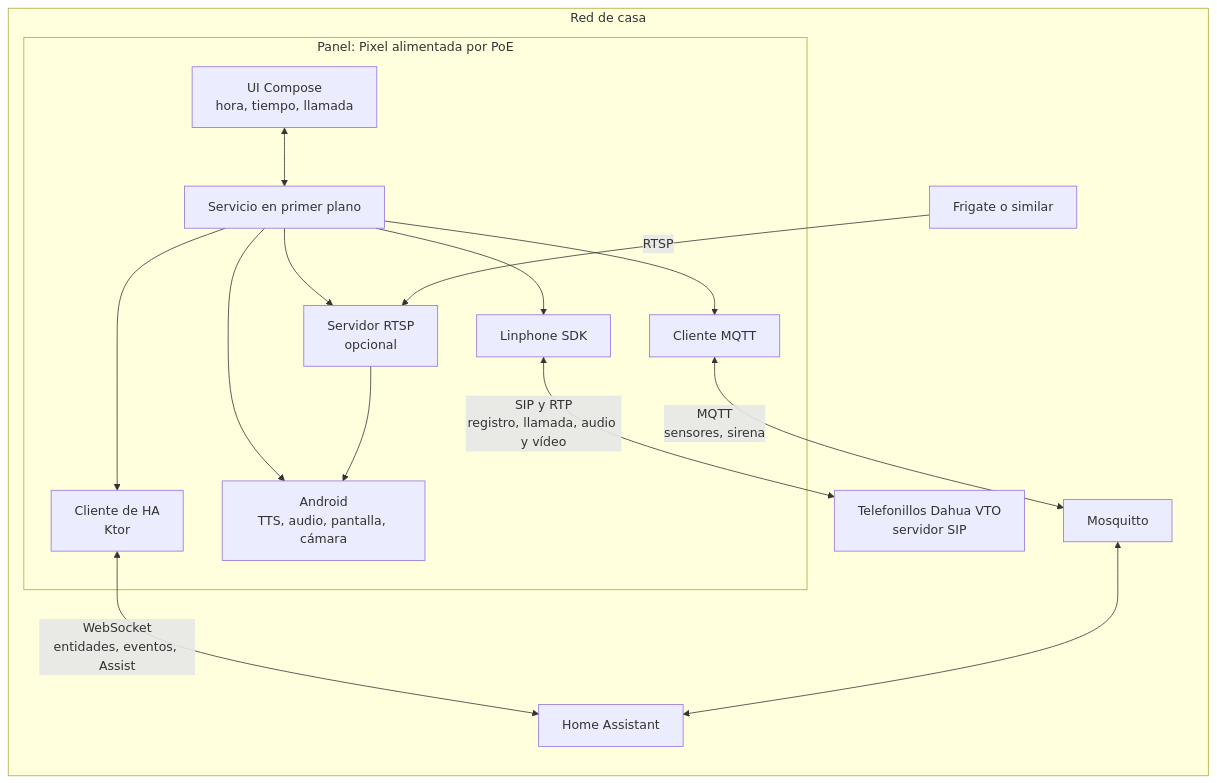
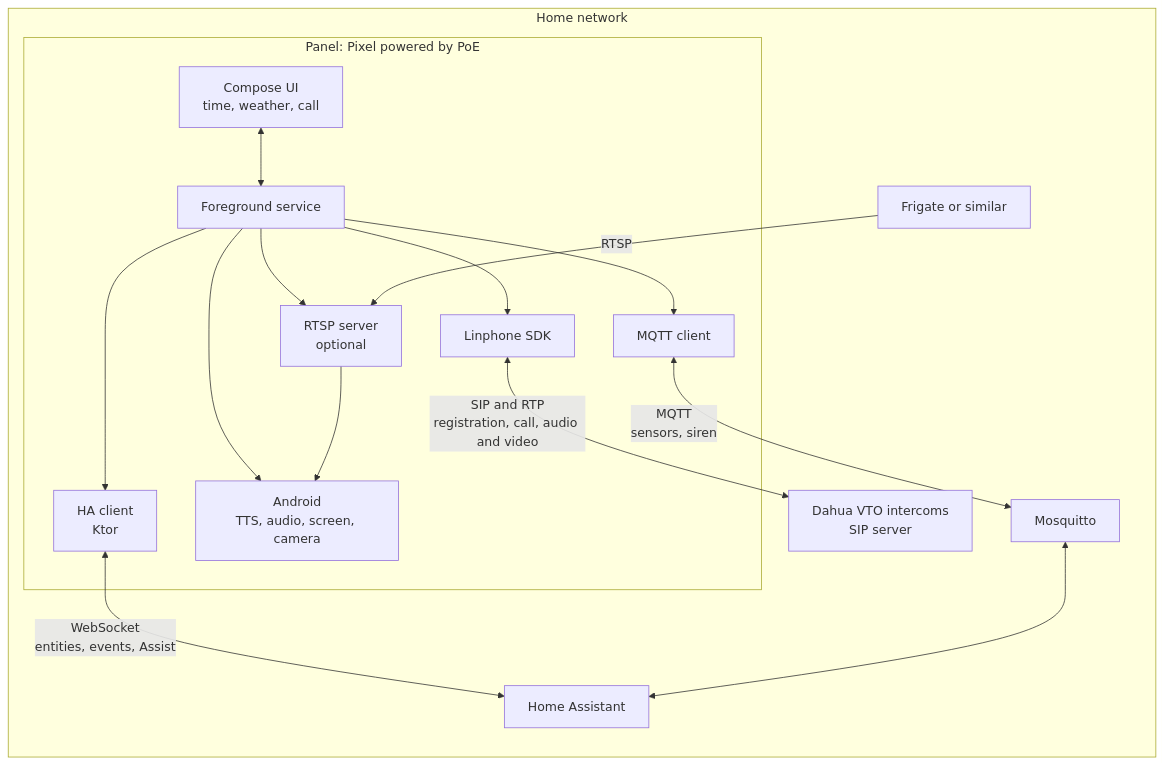
One commit to xoadev/marc2d changed the diagram in README.md. Above: the diagram before and after it, drawn with Mermaid. The commit also changed other lines of this file and 44 other files, not shown here.

````diff
--- a/README.md
+++ b/README.md
@@ -14,31 +15,31 @@
 ```mermaid
 flowchart LR
-    subgraph casa["Red de casa"]
-        subgraph panel["Panel: Pixel alimentada por PoE"]
-            ui["UI Compose<br/>hora, tiempo, llamada"]
-            svc["Servicio en primer plano"]
+    subgraph home["Home network"]
+        subgraph panel["Panel: Pixel powered by PoE"]
+            ui["Compose UI<br/>time, weather, call"]
+            svc["Foreground service"]
             sip["Linphone SDK"]
-            hac["Cliente de HA<br/>Ktor"]
-            mq["Cliente MQTT"]
-            rtsp["Servidor RTSP<br/>opcional"]
-            sys["Android<br/>TTS, audio, pantalla, cámara"]
+            hac["HA client<br/>Ktor"]
+            mq["MQTT client"]
+            rtsp["RTSP server<br/>optional"]
+            sys["Android<br/>TTS, audio, screen, camera"]
         end
-        vto["Telefonillos Dahua VTO<br/>servidor SIP"]
+        vto["Dahua VTO intercoms<br/>SIP server"]
         ha["Home Assistant"]
         broker["Mosquitto"]
-        frigate["Frigate o similar"]
+        frigate["Frigate or similar"]
     end
 
     ui <--> svc
     svc --> sip
     svc --> hac
     svc --> mq
     svc --> rtsp
     svc --> sys
     rtsp --> sys
-    sip <-- "SIP y RTP<br/>registro, llamada, audio y vídeo" --> vto
-    hac <-- "WebSocket<br/>entidades, eventos, Assist" --> ha
-    mq <-- "MQTT<br/>sensores, sirena" --> broker
+    sip <-- "SIP and RTP<br/>registration, call, audio and video" --> vto
+    hac <-- "WebSocket<br/>entities, events, Assist" --> ha
+    mq <-- "MQTT<br/>sensors, siren" --> broker
     broker <--> ha
     frigate -- "RTSP" --> rtsp
 ```
````
